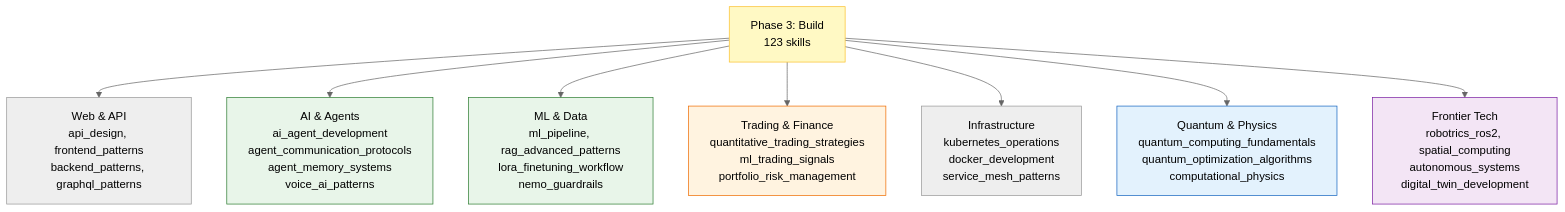
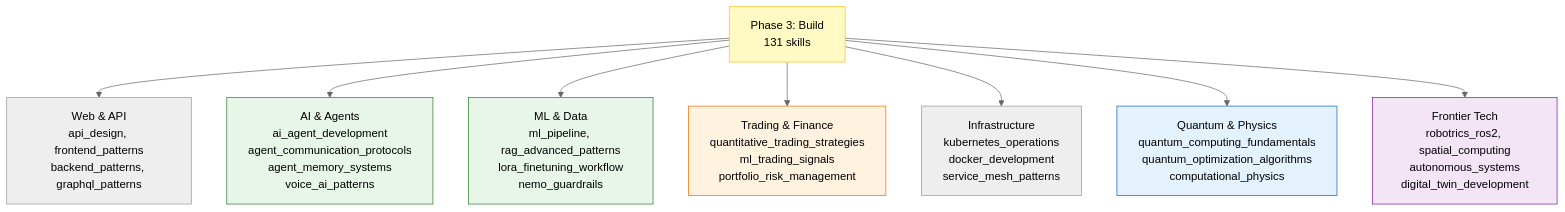
The second of 2 diagrams in .agent/skills/README.md (nickcarmonadigital/Riftkit), drawn with Mermaid (neutral theme) before and after one commit. The commit also changed other lines of this file and 25 other files, not shown here.

````diff
--- a/.agent/skills/README.md
+++ b/.agent/skills/README.md
@@ -41,17 +41,17 @@
 ```mermaid
 graph TD
-    Build[Phase 3: Build\n123 skills] --> Web[Web & API\napi_design, frontend_patterns\nbackend_patterns, graphql_patterns]
+    Build[Phase 3: Build\n131 skills] --> Web[Web & API\napi_design, frontend_patterns\nbackend_patterns, graphql_patterns]
     Build --> AI[AI & Agents\nai_agent_development\nagent_communication_protocols\nagent_memory_systems\nvoice_ai_patterns]
     Build --> ML[ML & Data\nml_pipeline, rag_advanced_patterns\nlora_finetuning_workflow\nnemo_guardrails]
     Build --> Trading[Trading & Finance\nquantitative_trading_strategies\nml_trading_signals\nportfolio_risk_management]
     Build --> Infra[Infrastructure\nkubernetes_operations\ndocker_development\nservice_mesh_patterns]
     Build --> Quantum[Quantum & Physics\nquantum_computing_fundamentals\nquantum_optimization_algorithms\ncomputational_physics]
     Build --> Frontier[Frontier Tech\nrobotrics_ros2, spatial_computing\nautonomous_systems\ndigital_twin_development]
 
     style Build fill:#fff9c4,stroke:#fbc02d
     style AI fill:#e8f5e9,stroke:#2e7d32
     style ML fill:#e8f5e9,stroke:#2e7d32
     style Trading fill:#fff3e0,stroke:#ef6c00
     style Quantum fill:#e3f2fd,stroke:#1565c0
     style Frontier fill:#f3e5f5,stroke:#7b1fa2
 ```
````
